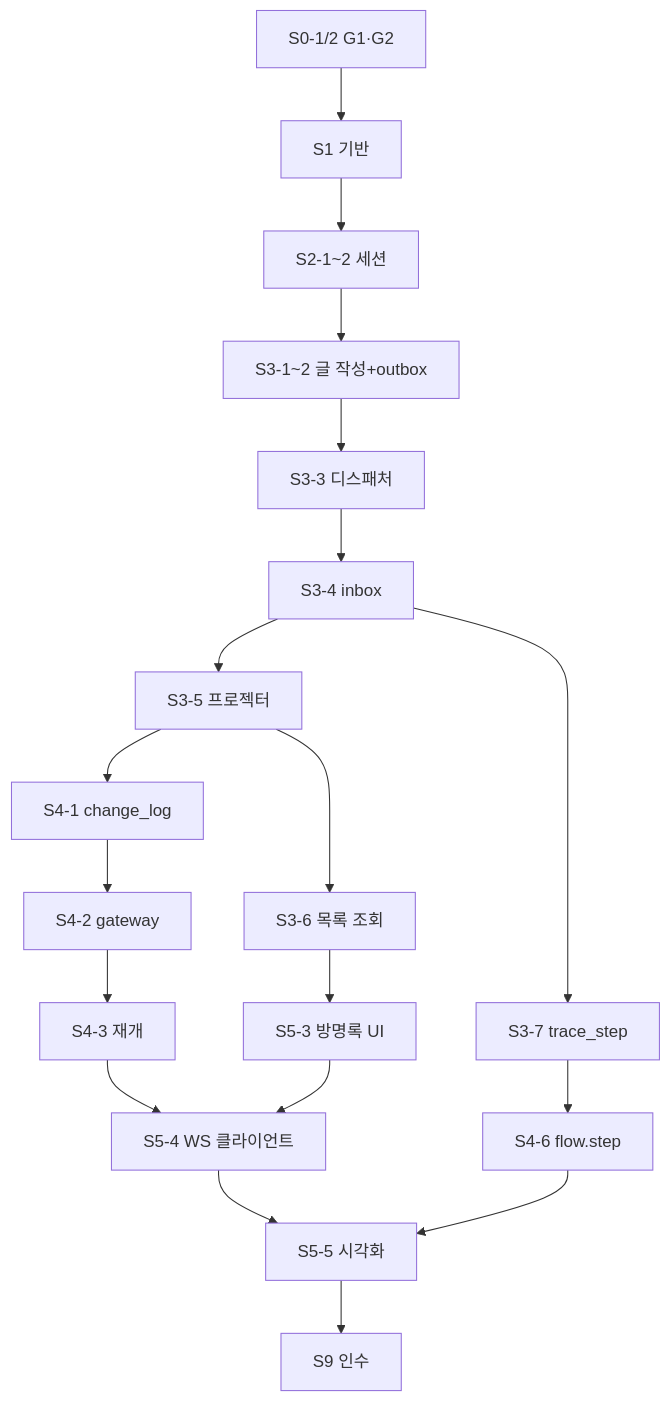
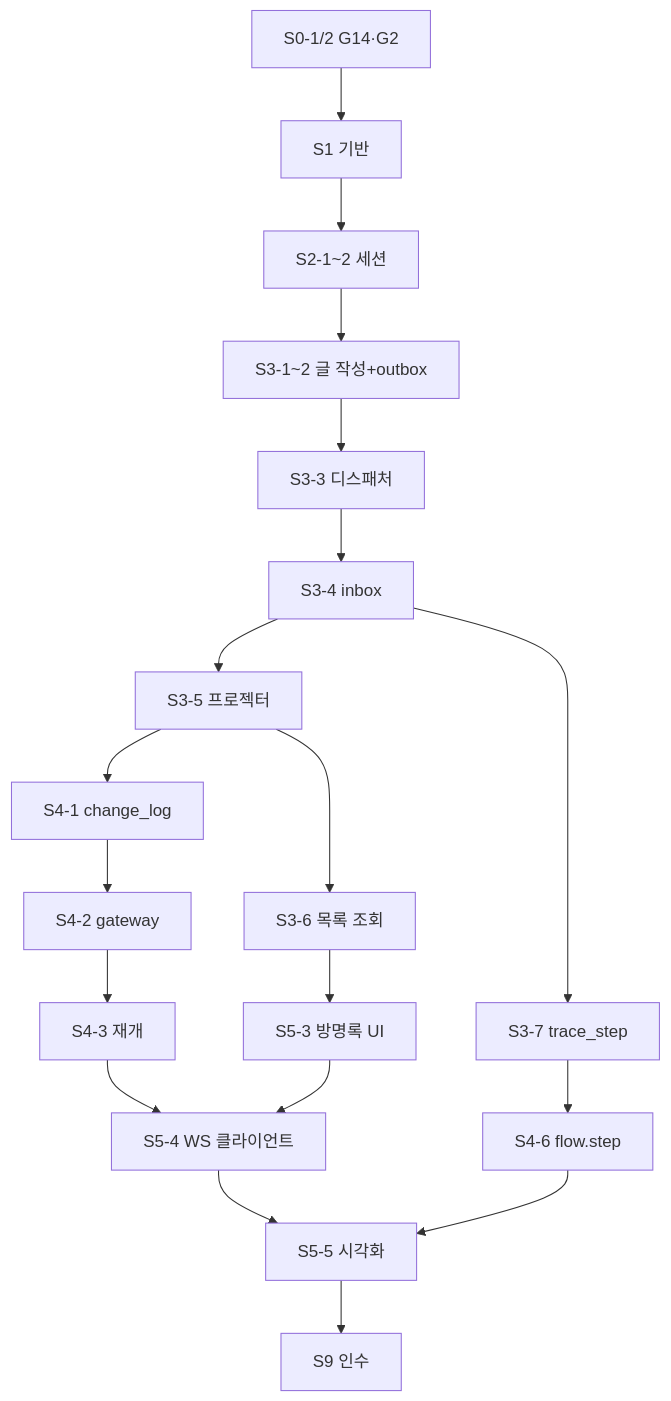
One commit to 1985jwlee/portpolio_backend changed the second of 3 diagrams in docs/design/11-implementation-plan.md. Above: the diagram before and after it, drawn with Mermaid. The commit also changed other lines of this file and 50 other files, not shown here.

````diff
--- a/docs/design/11-implementation-plan.md
+++ b/docs/design/11-implementation-plan.md
@@ -172,21 +172,21 @@
 ```mermaid
 flowchart TD
-    G12["S0-1/2 G1·G2"] --> S11["S1 기반"]
+    G12["S0-1/2 G14·G2"] --> S11["S1 기반"]
     S11 --> S21["S2-1~2 세션"]
     S21 --> S31["S3-1~2 글 작성+outbox"]
     S31 --> S33["S3-3 디스패처"]
     S33 --> S34["S3-4 inbox"]
     S34 --> S35["S3-5 프로젝터"]
     S35 --> S36["S3-6 목록 조회"]
     S35 --> S41["S4-1 change_log"]
     S41 --> S42["S4-2 gateway"]
     S42 --> S43["S4-3 재개"]
     S43 --> S54["S5-4 WS 클라이언트"]
     S36 --> S53["S5-3 방명록 UI"]
     S53 --> S54
     S54 --> S55["S5-5 시각화"]
     S34 --> S37["S3-7 trace_step"]
     S37 --> S46["S4-6 flow.step"]
     S46 --> S55
     S55 --> S9["S9 인수"]
 ```
````
